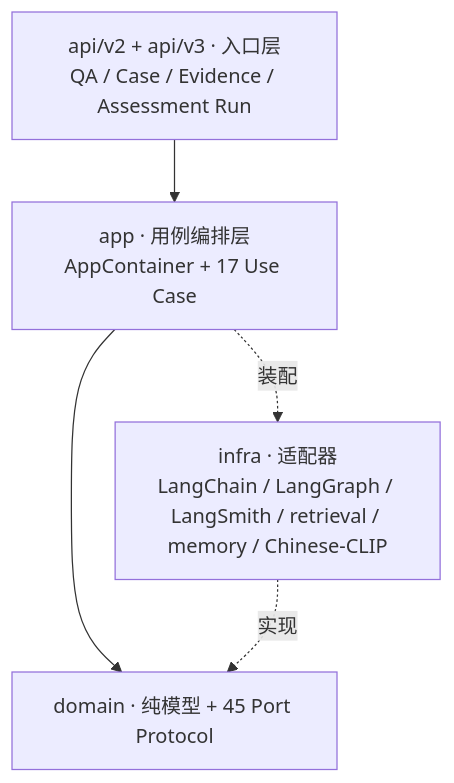
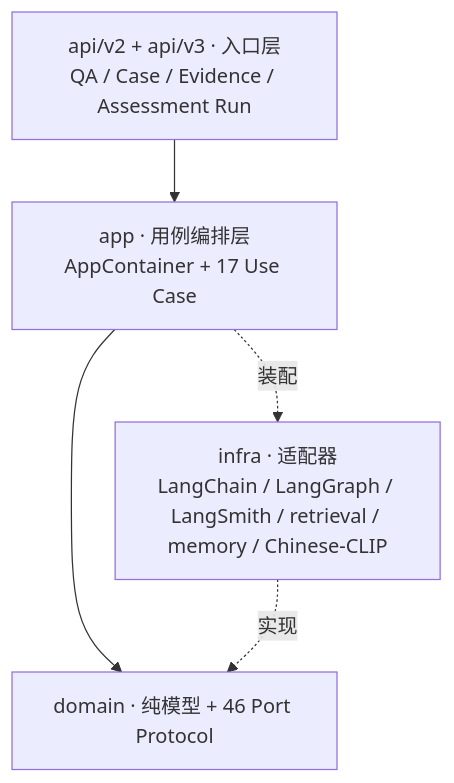
Before and after one commit to Melodymll01/riskpilot-cross-border-data-agent: the first of 2 diagrams in README.md, drawn with Mermaid. The commit also changed other lines of this file and 27 other files, not shown here.

````diff
--- a/README.md
+++ b/README.md
@@ -80,11 +80,11 @@
 ```mermaid
 flowchart TB
     API[api/v2 + api/v3 · 入口层<br/>QA / Case / Evidence / Assessment Run]
     APP[app · 用例编排层<br/>AppContainer + 17 Use Case]
-    DOMAIN[domain · 纯模型 + 45 Port Protocol]
+    DOMAIN[domain · 纯模型 + 46 Port Protocol]
     INFRA[infra · 适配器<br/>LangChain / LangGraph / LangSmith / retrieval / memory / Chinese-CLIP]
 
     API --> APP --> DOMAIN
     INFRA -.实现.-> DOMAIN
     APP -.装配.-> INFRA
 ```
````
